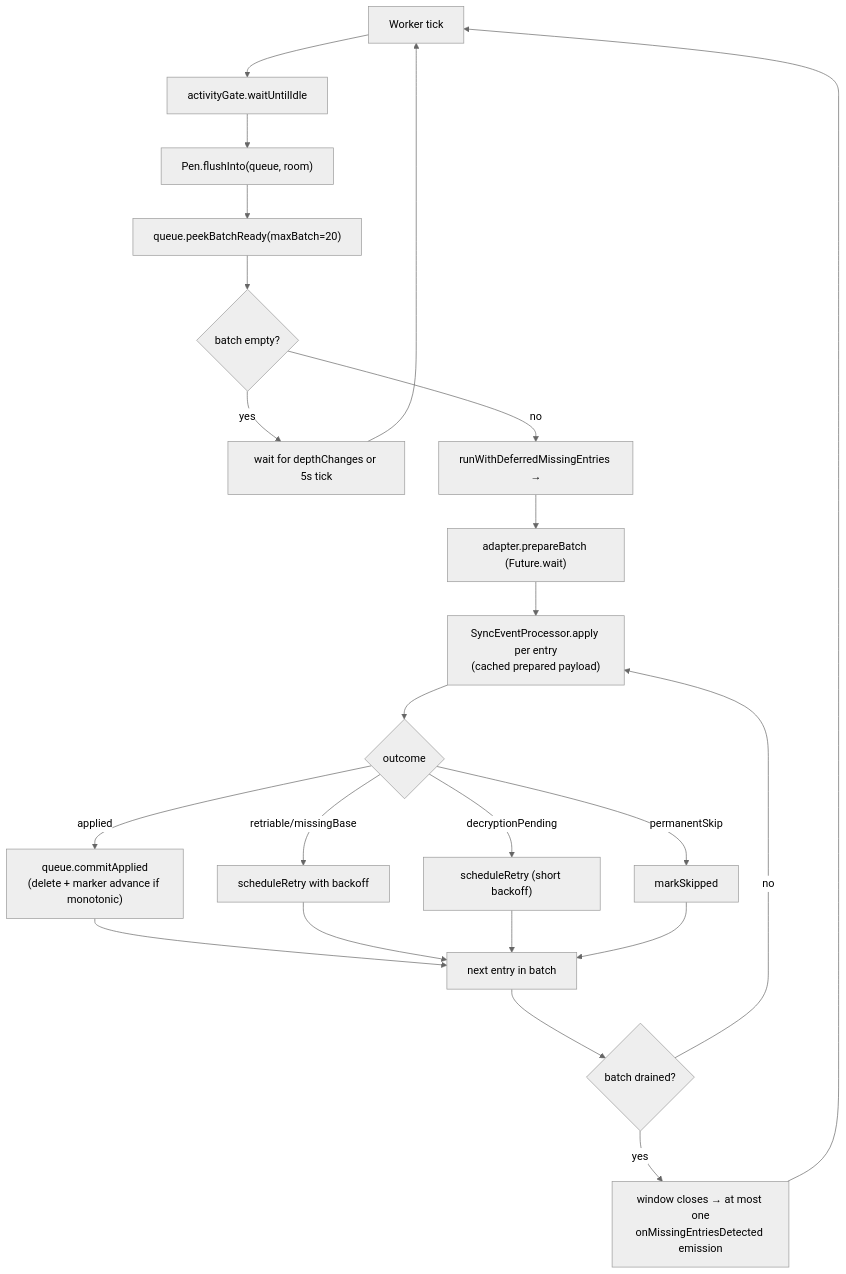
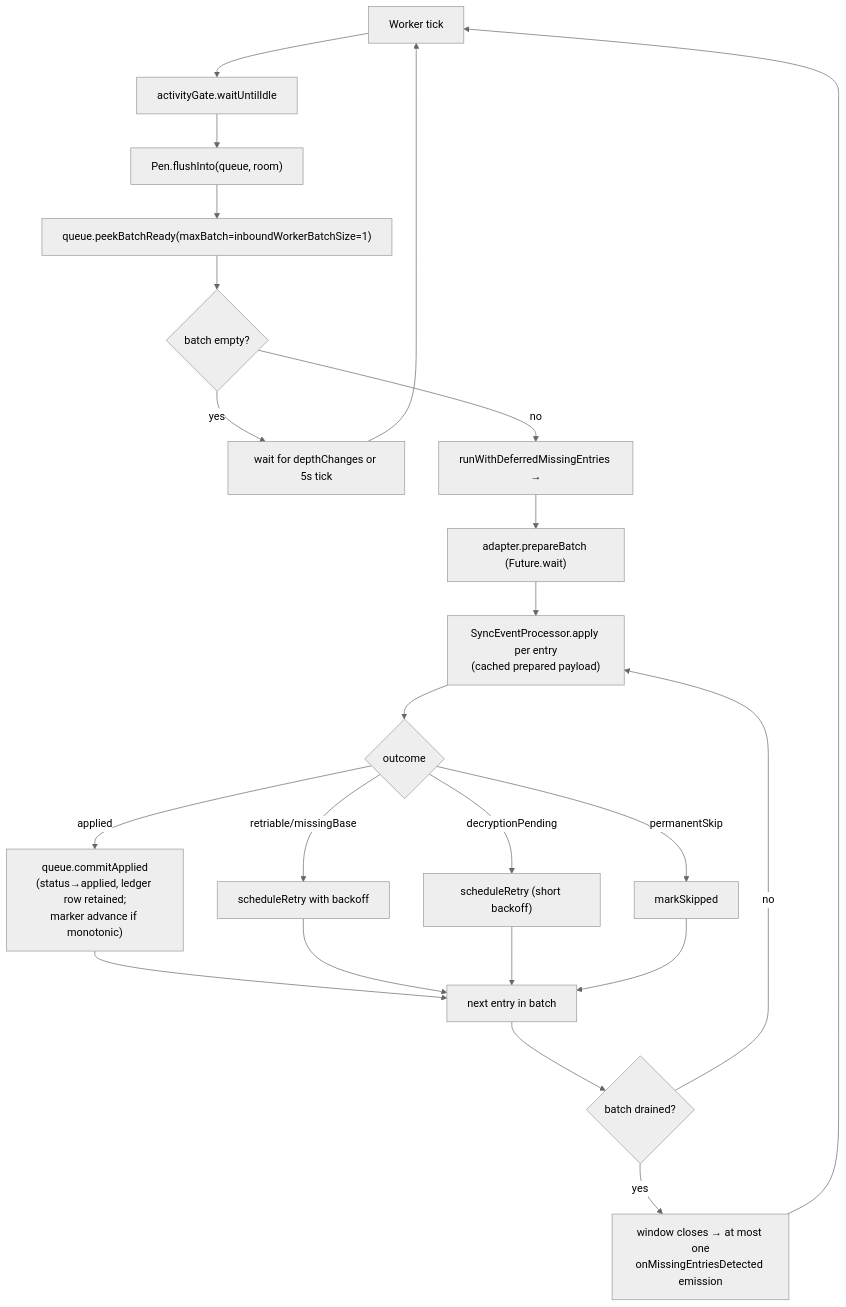
The ninth of 11 diagrams in lib/features/sync/README.md (matthiasn/lotti), drawn with Mermaid (neutral theme) before and after one commit. The commit also changed other lines of this file and 43 other files, not shown here.

````diff
--- a/lib/features/sync/README.md
+++ b/lib/features/sync/README.md
@@ -792,25 +818,25 @@
 ```mermaid
 flowchart TD
     Tick["Worker tick"] --> Gate["activityGate.waitUntilIdle"]
     Gate --> Flush["Pen.flushInto(queue, room)"]
-    Flush --> Peek["queue.peekBatchReady(maxBatch=20)"]
+    Flush --> Peek["queue.peekBatchReady(maxBatch=inboundWorkerBatchSize=1)"]
     Peek --> Empty{"batch empty?"}
     Empty -->|yes| Wait["wait for depthChanges or 5s tick"]
     Wait --> Tick
     Empty -->|no| Window["runWithDeferredMissingEntries →"]
     Window --> PrepareAll["adapter.prepareBatch (Future.wait)"]
     PrepareAll --> Apply["SyncEventProcessor.apply per entry<br/>(cached prepared payload)"]
     Apply --> Outcome{"outcome"}
-    Outcome -->|applied| Commit["queue.commitApplied<br/>(delete + marker advance if monotonic)"]
+    Outcome -->|applied| Commit["queue.commitApplied<br/>(status→applied, ledger row retained;<br/>marker advance if monotonic)"]
     Outcome -->|retriable/missingBase| Retry["scheduleRetry with backoff"]
     Outcome -->|decryptionPending| DecryptRetry["scheduleRetry (short backoff)"]
     Outcome -->|permanentSkip| Skip["markSkipped"]
     Commit --> NextEntry["next entry in batch"]
     Retry --> NextEntry
     DecryptRetry --> NextEntry
     Skip --> NextEntry
     NextEntry --> WindowClose{"batch drained?"}
     WindowClose -->|no| Apply
     WindowClose -->|yes| Emit["window closes → at most one<br/>onMissingEntriesDetected emission"]
     Emit --> Tick
 ```
````
